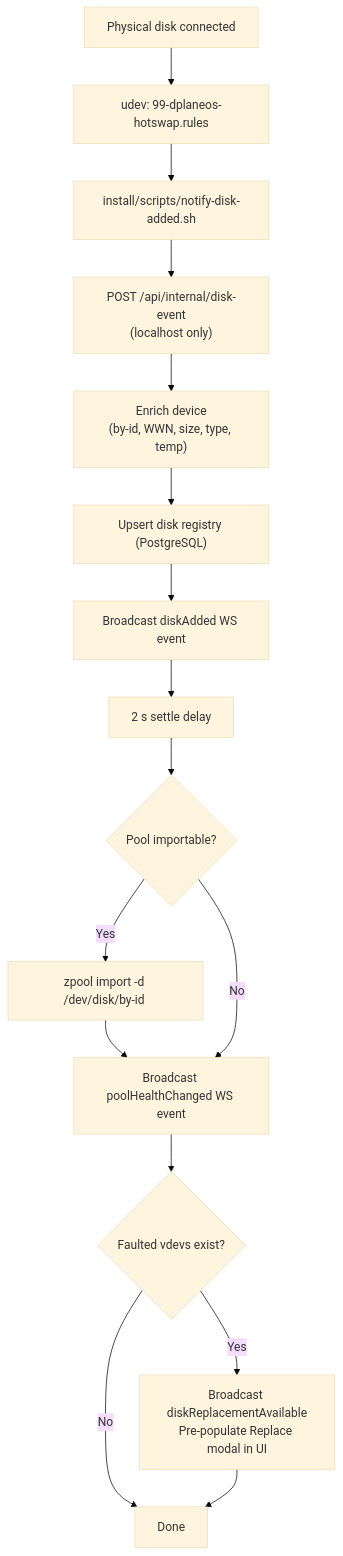
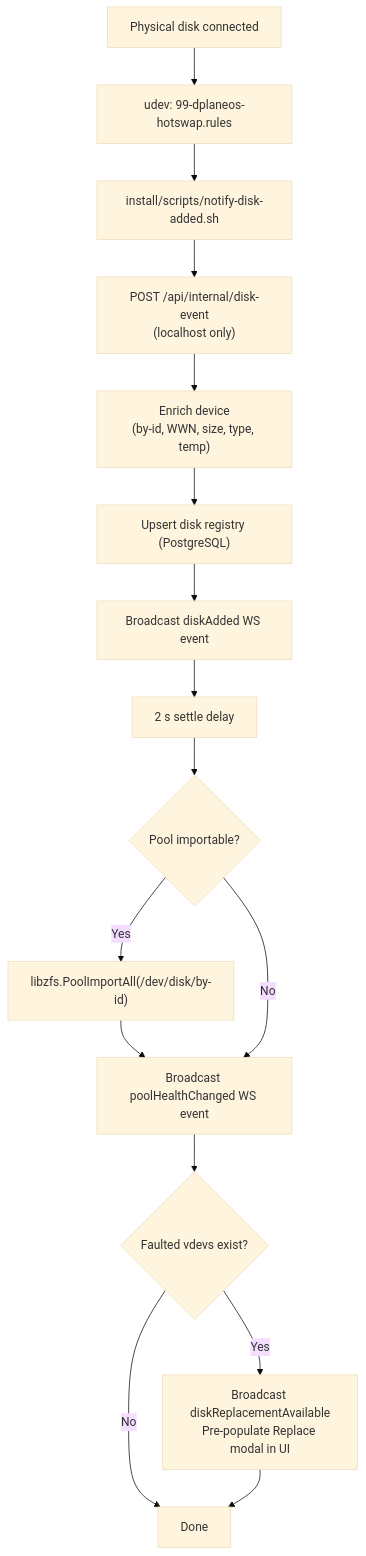
One commit to 4nonX/DPlaneOS changed the fourth of 6 diagrams in docs/development/CODEBASE-DIAGRAM.md. Above: the diagram before and after it, drawn with Mermaid. The commit also changed other lines of this file and 6 other files, not shown here.

````diff
--- a/docs/development/CODEBASE-DIAGRAM.md
+++ b/docs/development/CODEBASE-DIAGRAM.md
@@ -108,19 +128,19 @@
 ```mermaid
 %%{init: {'theme':'base'}}%%
 flowchart TD
     A["Physical disk connected"] --> B["udev: 99-dplaneos-hotswap.rules"]
     B --> C["install/scripts/notify-disk-added.sh"]
     C --> D["POST /api/internal/disk-event\n(localhost only)"]
     D --> E["Enrich device\n(by-id, WWN, size, type, temp)"]
     E --> F["Upsert disk registry (PostgreSQL)"]
     F --> G["Broadcast diskAdded WS event"]
     G --> H["2 s settle delay"]
     H --> I{"Pool importable?"}
-    I -->|Yes| J["zpool import -d /dev/disk/by-id <pool>"]
+    I -->|Yes| J["libzfs.PoolImportAll(/dev/disk/by-id)"]
     J --> K["Broadcast poolHealthChanged WS event"]
     I -->|No| K
     K --> L{"Faulted vdevs exist?"}
     L -->|Yes| M["Broadcast diskReplacementAvailable\nPre-populate Replace modal in UI"]
     L -->|No| N["Done"]
     M --> N
 ```
````
